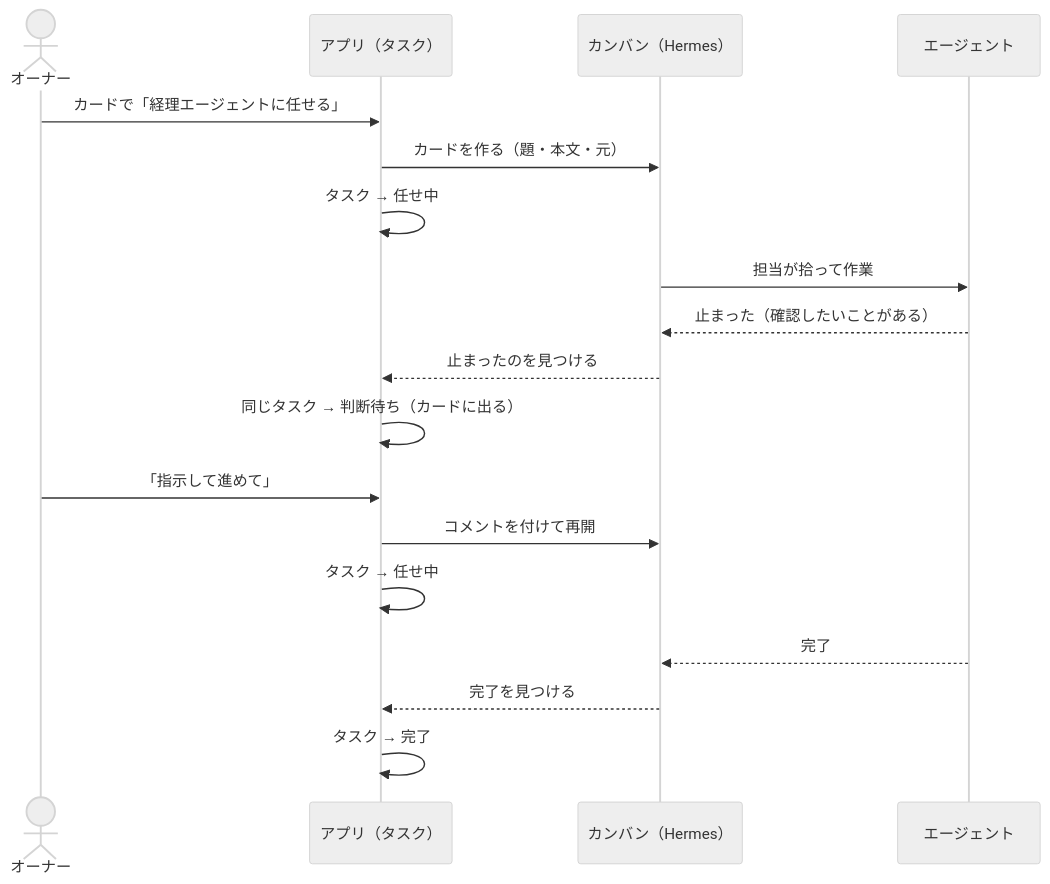
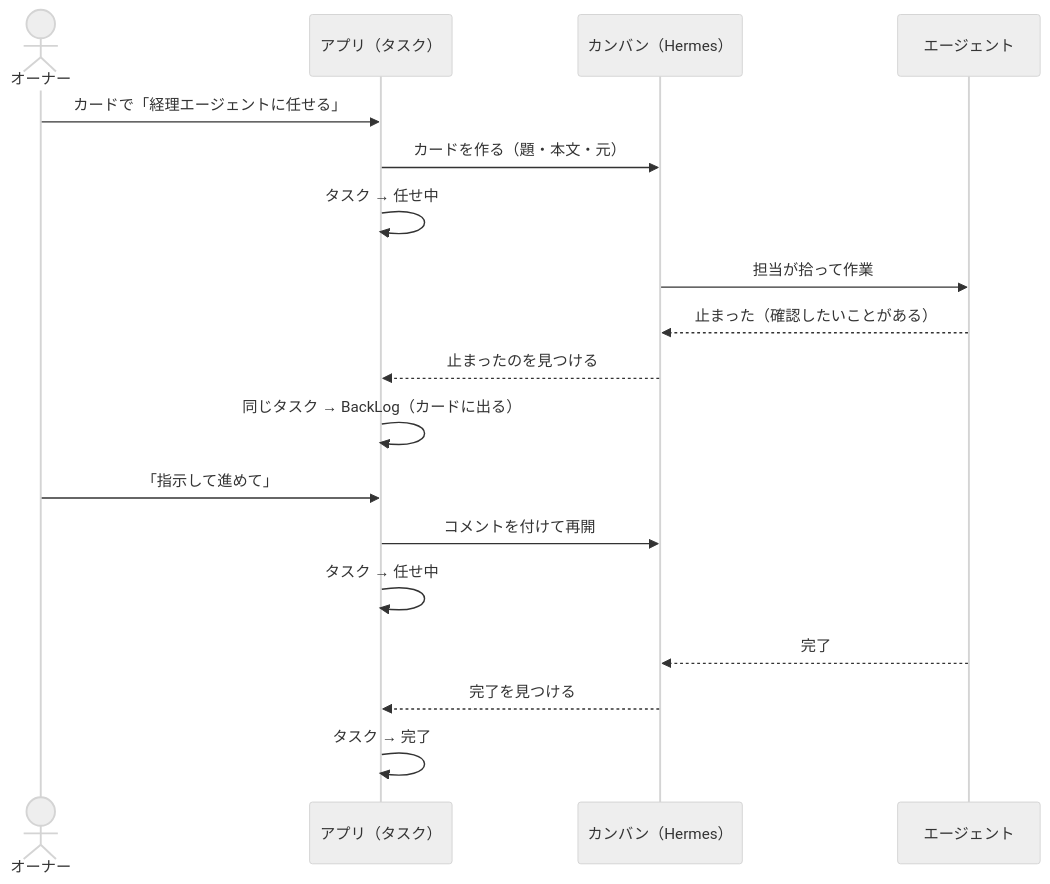
One commit to LaCall-Gagans-Studio/Plasmod changed the fourth of 7 diagrams in docs/ARCHITECTURE.md. Above: the diagram before and after it, drawn with Mermaid (neutral theme). The commit also changed other lines of this file and 31 other files, not shown here.

First line of the commit message:
状態を1行に収め、BackLog に統一し、タスクをカンバンの正本にする

````diff
--- a/docs/ARCHITECTURE.md
+++ b/docs/ARCHITECTURE.md
@@ -148,21 +148,21 @@
 ```mermaid
 sequenceDiagram
   actor T as オーナー
   participant A as アプリ（タスク）
   participant K as カンバン（Hermes）
   participant E as エージェント
 
   T->>A: カードで「経理エージェントに任せる」
   A->>K: カードを作る（題・本文・元）
   A->>A: タスク → 任せ中
   K->>E: 担当が拾って作業
   E-->>K: 止まった（確認したいことがある）
   K-->>A: 止まったのを見つける
-  A->>A: 同じタスク → 判断待ち（カードに出る）
+  A->>A: 同じタスク → BackLog（カードに出る）
   T->>A: 「指示して進めて」
   A->>K: コメントを付けて再開
   A->>A: タスク → 任せ中
   E-->>K: 完了
   K-->>A: 完了を見つける
   A->>A: タスク → 完了
 ```
````
